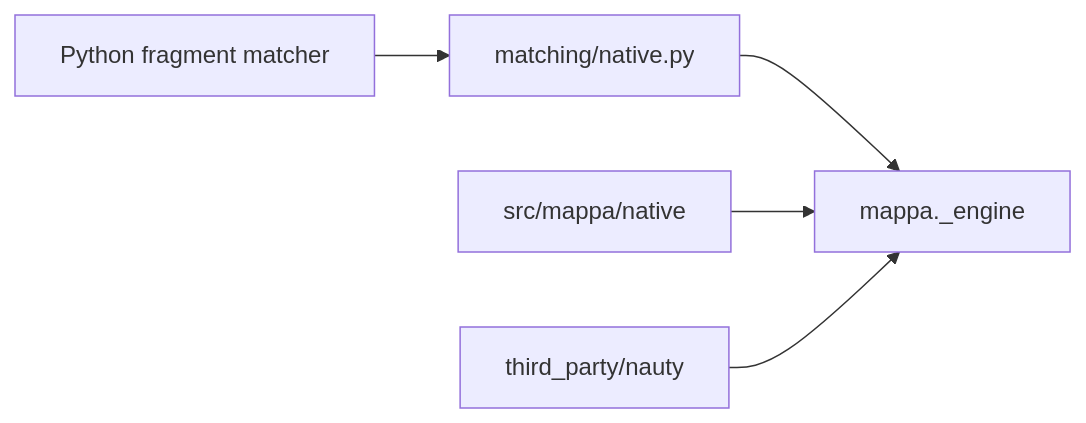
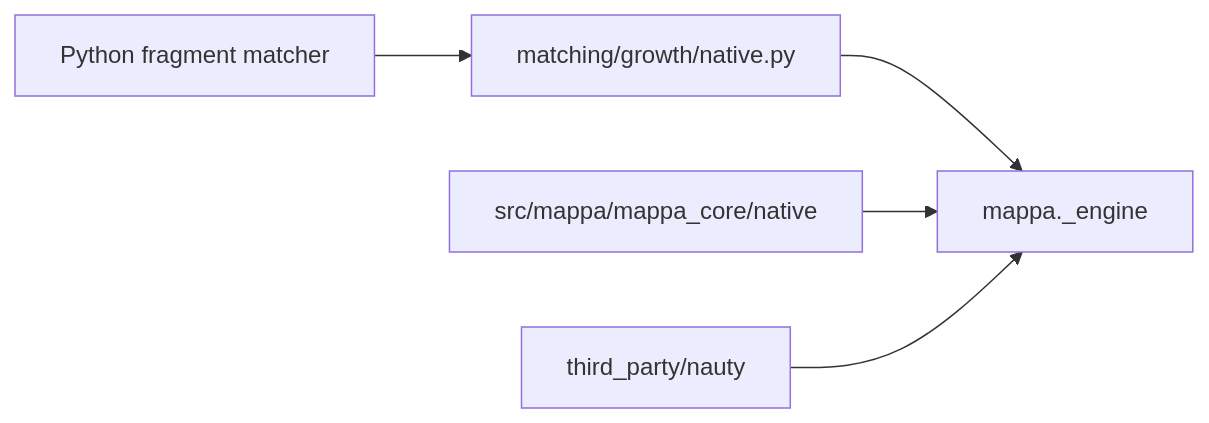
The fifth of 5 diagrams in design.md (yunhzou/MAPPA-AAM), drawn with Mermaid before and after one commit. The commit also changed other lines of this file and 44 other files, not shown here.

Commit message:
Finish native source ownership and document dependency layers

````diff
--- a/design.md
+++ b/design.md
@@ -308,7 +343,7 @@
 ```mermaid
 flowchart LR
-    Matcher[Python fragment matcher] --> Bridge[matching/native.py]
+    Matcher[Python fragment matcher] --> Bridge[matching/growth/native.py]
     Bridge --> Engine[mappa._engine]
-    Source[src/mappa/native] --> Engine
+    Source[src/mappa/mappa_core/native] --> Engine
     Vendor[third_party/nauty] --> Engine
 ```
````
